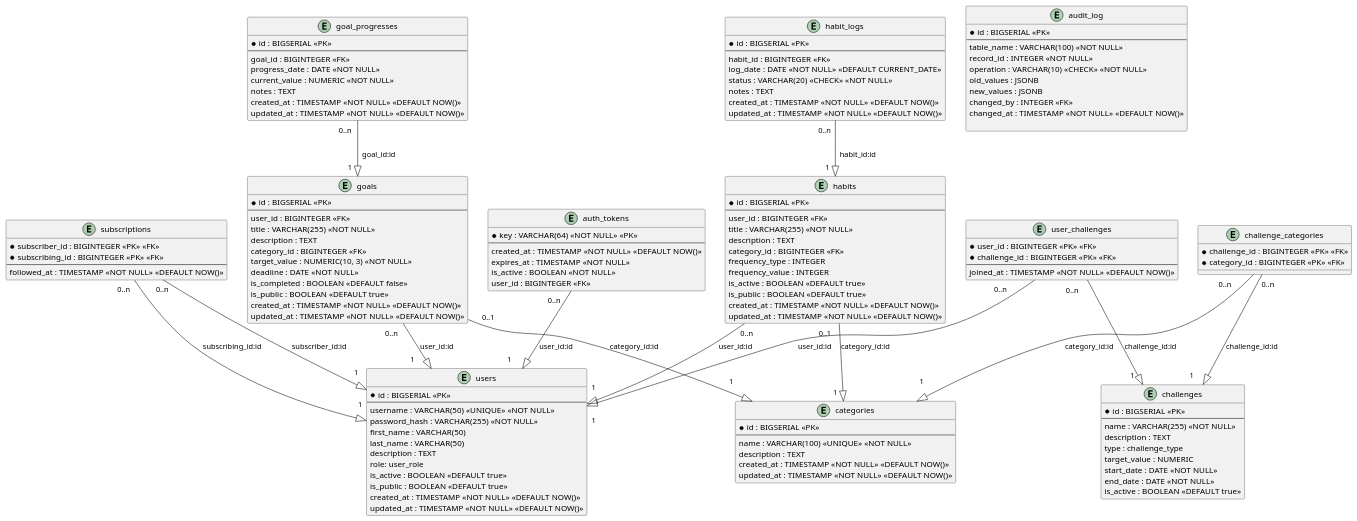
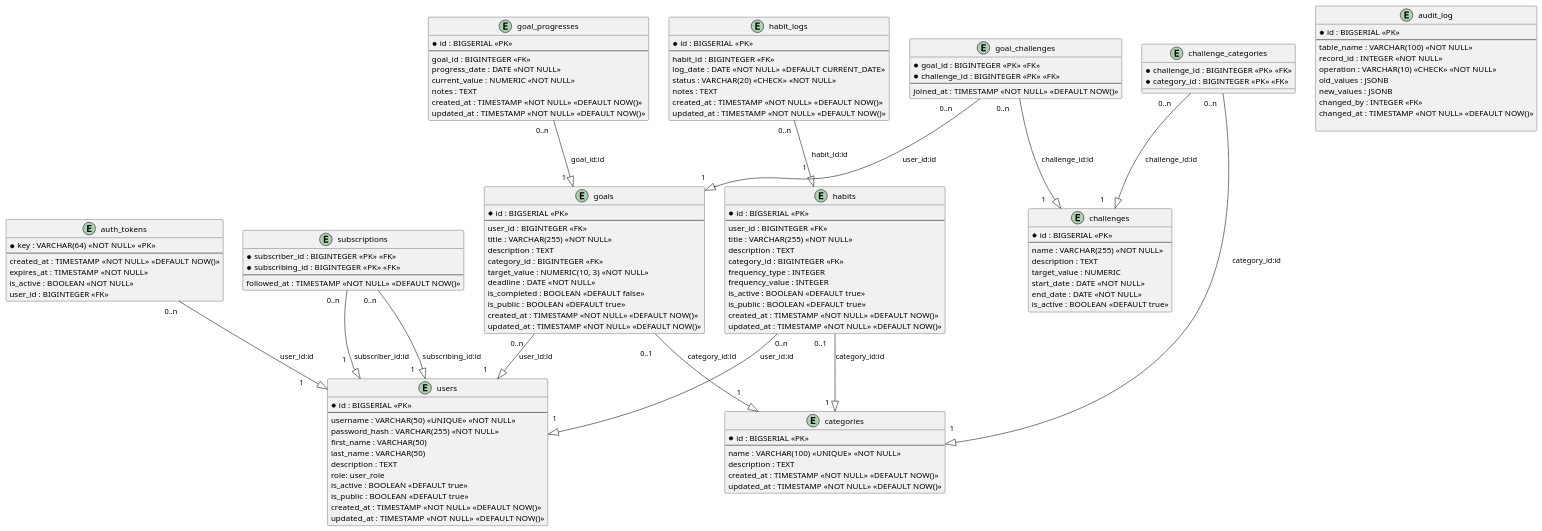
The diagram in schema.plantuml (MMVlasko/bdcw), drawn with PlantUML before and after one commit. The commit also changed 16 other files, not shown here.

```diff
--- a/schema.plantuml
+++ b/schema.plantuml
@@ -1,150 +1,149 @@
 @startuml
 
 
 
 
 ' Сущности (Таблицы)
 
 entity users {
   * id : BIGSERIAL <<PK>>
   --
   username : VARCHAR(50) <<UNIQUE>> <<NOT NULL>>
   password_hash : VARCHAR(255) <<NOT NULL>>
   first_name : VARCHAR(50)
   last_name : VARCHAR(50)
   description : TEXT
   role: user_role
   is_active : BOOLEAN <<DEFAULT true>>
   is_public : BOOLEAN <<DEFAULT true>>
   created_at : TIMESTAMP <<NOT NULL>> <<DEFAULT NOW()>>
   updated_at : TIMESTAMP <<NOT NULL>> <<DEFAULT NOW()>>
 }
 
 entity auth_tokens {
   * key : VARCHAR(64) <<NOT NULL>> <<PK>>
   --
   created_at : TIMESTAMP <<NOT NULL>> <<DEFAULT NOW()>>
   expires_at : TIMESTAMP <<NOT NULL>>
   is_active : BOOLEAN <<NOT NULL>>
   user_id : BIGINTEGER <<FK>>
 }
 
 entity goals {
   * id : BIGSERIAL <<PK>>
   --
   user_id : BIGINTEGER <<FK>>
   title : VARCHAR(255) <<NOT NULL>>
   description : TEXT
   category_id : BIGINTEGER <<FK>>
   target_value : NUMERIC(10, 3) <<NOT NULL>>
   deadline : DATE <<NOT NULL>>
   is_completed : BOOLEAN <<DEFAULT false>>
   is_public : BOOLEAN <<DEFAULT true>>
   created_at : TIMESTAMP <<NOT NULL>> <<DEFAULT NOW()>>
   updated_at : TIMESTAMP <<NOT NULL>> <<DEFAULT NOW()>>
 }
 
 entity habits {
   * id : BIGSERIAL <<PK>>
   --
   user_id : BIGINTEGER <<FK>>
   title : VARCHAR(255) <<NOT NULL>>
   description : TEXT
   category_id : BIGINTEGER <<FK>>
   frequency_type : INTEGER
   frequency_value : INTEGER
   is_active : BOOLEAN <<DEFAULT true>>
   is_public : BOOLEAN <<DEFAULT true>>
   created_at : TIMESTAMP <<NOT NULL>> <<DEFAULT NOW()>>
   updated_at : TIMESTAMP <<NOT NULL>> <<DEFAULT NOW()>>
 }
 
 entity categories {
   * id : BIGSERIAL <<PK>>
   --
   name : VARCHAR(100) <<UNIQUE>> <<NOT NULL>>
   description : TEXT
   created_at : TIMESTAMP <<NOT NULL>> <<DEFAULT NOW()>>
   updated_at : TIMESTAMP <<NOT NULL>> <<DEFAULT NOW()>>
 }
 
 entity habit_logs {
   * id : BIGSERIAL <<PK>>
   --
   habit_id : BIGINTEGER <<FK>>
   log_date : DATE <<NOT NULL>> <<DEFAULT CURRENT_DATE>>
   status : VARCHAR(20) <<CHECK>> <<NOT NULL>>
   notes : TEXT
   created_at : TIMESTAMP <<NOT NULL>> <<DEFAULT NOW()>>
   updated_at : TIMESTAMP <<NOT NULL>> <<DEFAULT NOW()>>
 }
 
 entity goal_progresses {
   * id : BIGSERIAL <<PK>>
   --
   goal_id : BIGINTEGER <<FK>>
   progress_date : DATE <<NOT NULL>>
   current_value : NUMERIC <<NOT NULL>>
   notes : TEXT
   created_at : TIMESTAMP <<NOT NULL>> <<DEFAULT NOW()>>
   updated_at : TIMESTAMP <<NOT NULL>> <<DEFAULT NOW()>>
 }
 
 entity challenges {
   * id : BIGSERIAL <<PK>>
   --
   name : VARCHAR(255) <<NOT NULL>>
   description : TEXT
-  type : challenge_type
   target_value : NUMERIC
   start_date : DATE <<NOT NULL>>
   end_date : DATE <<NOT NULL>>
   is_active : BOOLEAN <<DEFAULT true>>
 }
 
 entity challenge_categories {
   * challenge_id : BIGINTEGER <<PK>> <<FK>>
   * category_id : BIGINTEGER <<PK>> <<FK>>
 }
 
-entity user_challenges {
-  * user_id : BIGINTEGER <<PK>> <<FK>>
+entity goal_challenges {
+  * goal_id : BIGINTEGER <<PK>> <<FK>>
   * challenge_id : BIGINTEGER <<PK>> <<FK>>
   --
   joined_at : TIMESTAMP <<NOT NULL>> <<DEFAULT NOW()>>
 }
 
 entity subscriptions {
   * subscriber_id : BIGINTEGER <<PK>> <<FK>>
   * subscribing_id : BIGINTEGER <<PK>> <<FK>>
   --
   followed_at : TIMESTAMP <<NOT NULL>> <<DEFAULT NOW()>>
 }
 
 entity audit_log {
   * id : BIGSERIAL <<PK>>
   --
   table_name : VARCHAR(100) <<NOT NULL>>
   record_id : INTEGER <<NOT NULL>>
   operation : VARCHAR(10) <<CHECK>> <<NOT NULL>>
   old_values : JSONB
   new_values : JSONB
   changed_by : INTEGER <<FK>>
   changed_at : TIMESTAMP <<NOT NULL>> <<DEFAULT NOW()>>
 
 }
 
 goals  "                                 0..n   " --^ "1       "  users  : " user_id:id"
 habits    "0..n    \n" --^ "1       \n"  users  : " user_id:id"
-auth_tokens    "0..n    " --^ "1       "  users  : " user_id:id"
+auth_tokens    "0..n    " --^ "1          "  users  : " user_id:id"
 goals    "\n     0..1   " --^ "1     \n"  categories : " category_id:id  "
 habits     "     0..1    " --^ "1   "  categories : "category_id:id  "
 goal_progresses  "0..n   " --^ "1   "  goals  : "  goal_id:id"
-habit_logs    "0..n  " --^ "1   "  habits  : "  habit_id:id   "
-challenge_categories    "0..n   " --^ "1      "  challenges : " challenge_id:id  "
-challenge_categories     "0..n         " --^ "1\n"  categories : "  category_id:id  "
-user_challenges    "0..n     " --^ "1   "  challenges : " challenge_id:id  "
-user_challenges     "0..n           " --^ " \n1           "  users : " user_id:id  "
-subscriptions   "0..n" --^ "1  \n "  users : " subscriber_id:id  "
-subscriptions    "0..n   " --^ "            1\n"  users : " subscribing_id:id  "
+habit_logs    "0..n  " --^ "1   \n"  habits  : "  habit_id:id   \n"
+challenge_categories    "0..n       " --^ "1      "  challenges : " challenge_id:id  "
+challenge_categories     "0..n   " --^ "1\n"  categories : "  category_id:id  "
+goal_challenges    "0..n     " --^ "1      "  challenges : " challenge_id:id  "
+goal_challenges     "0..n           " --^ " \n1           "  goals : " user_id:id  "
+subscriptions   "0..n   " --^ "1     \n "  users : " subscriber_id:id  "
+subscriptions    "0..n  " --^ " 1     "  users : " subscribing_id:id  "
 @enduml
```
